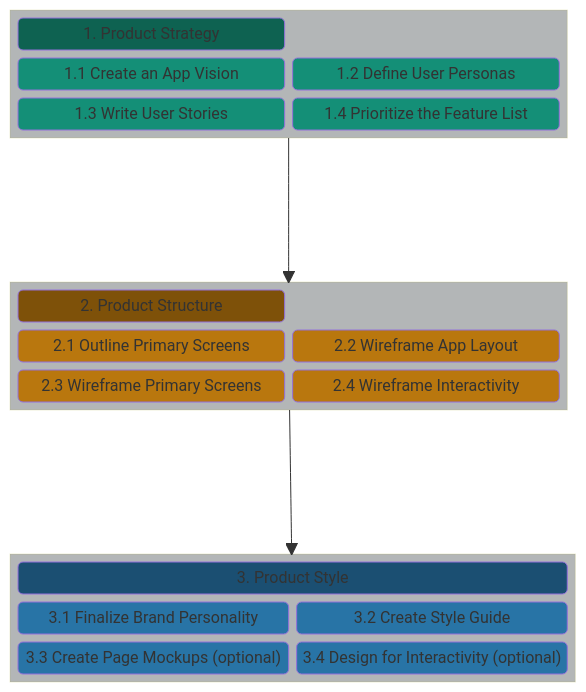
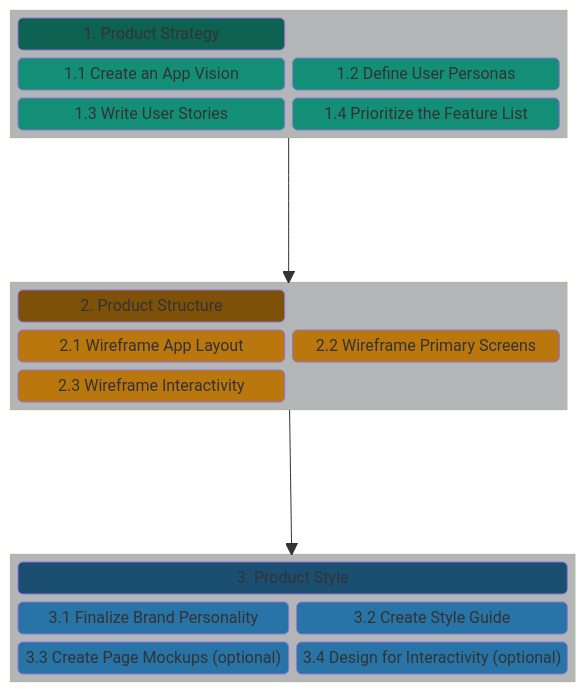
Before and after one commit to chingu-voyages/Handbook: the first of 3 diagrams in docs/resources/techresources/uiux.md, drawn with Mermaid. The commit also changed other lines of this file, not shown here.

````diff
--- a/docs/resources/techresources/uiux.md
+++ b/docs/resources/techresources/uiux.md
@@ -15,53 +15,51 @@
 ```mermaid
 block-beta
 columns 1
   block:STRATEGY
     columns 2
     A("1. Product Strategy"):2
     B("1.1 Create an App Vision")
     C("1.2 Define User Personas")
     D("1.3 Write User Stories")
     E("1.4 Prioritize the Feature List")
   end
   space
   block:STRUCTURE
     columns 2
     G("2. Product Structure"):2
-    H("2.1 Outline Primary Screens")
-    J("2.2 Wireframe App Layout")
-    K("2.3 Wireframe Primary Screens")
-    L("2.4 Wireframe Interactivity")
+    J("2.1 Wireframe App Layout")
+    K("2.2 Wireframe Primary Screens")
+    L("2.3 Wireframe Interactivity")
   end
   STRATEGY --> STRUCTURE
   space
   block:STYLE
     columns 2
     M("3. Product Style"):2
     N("3.1 Finalize Brand Personality")
     O("3.2 Create Style Guide")
     P("3.3 Create Page Mockups (optional)")
     Q("3.4 Design for Interactivity (optional)")
   end
   STRUCTURE --> STYLE
   style A fill:#0e6251
   style B fill:#148f77
   style C fill:#148f77
   style D fill:#148f77
   style E fill:#148f77
 
   style G fill:#7e5109
-  style H fill:#b9770e
   style J fill:#b9770e
   style K fill:#b9770e
   style L fill:#b9770e
 
   style M fill:#1b4f72
   style N fill:#2874a6
   style O fill:#2874a6
   style P fill:#2874a6
   style Q fill:#2874a6
 
   style STRATEGY fill:#b3b6b7
   style STRUCTURE fill:#b3b6b7
   style STYLE fill:#b3b6b7
 ```
````
